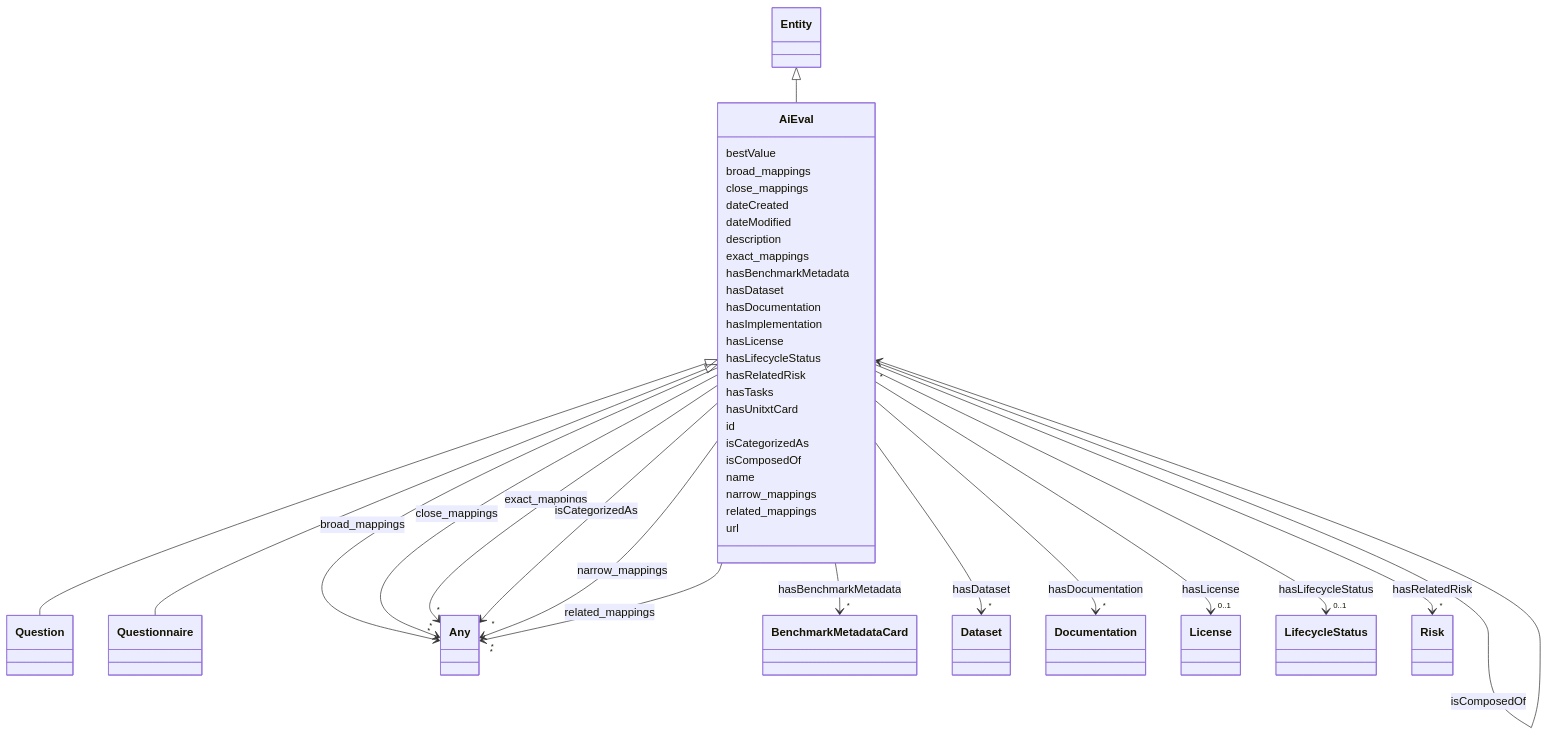
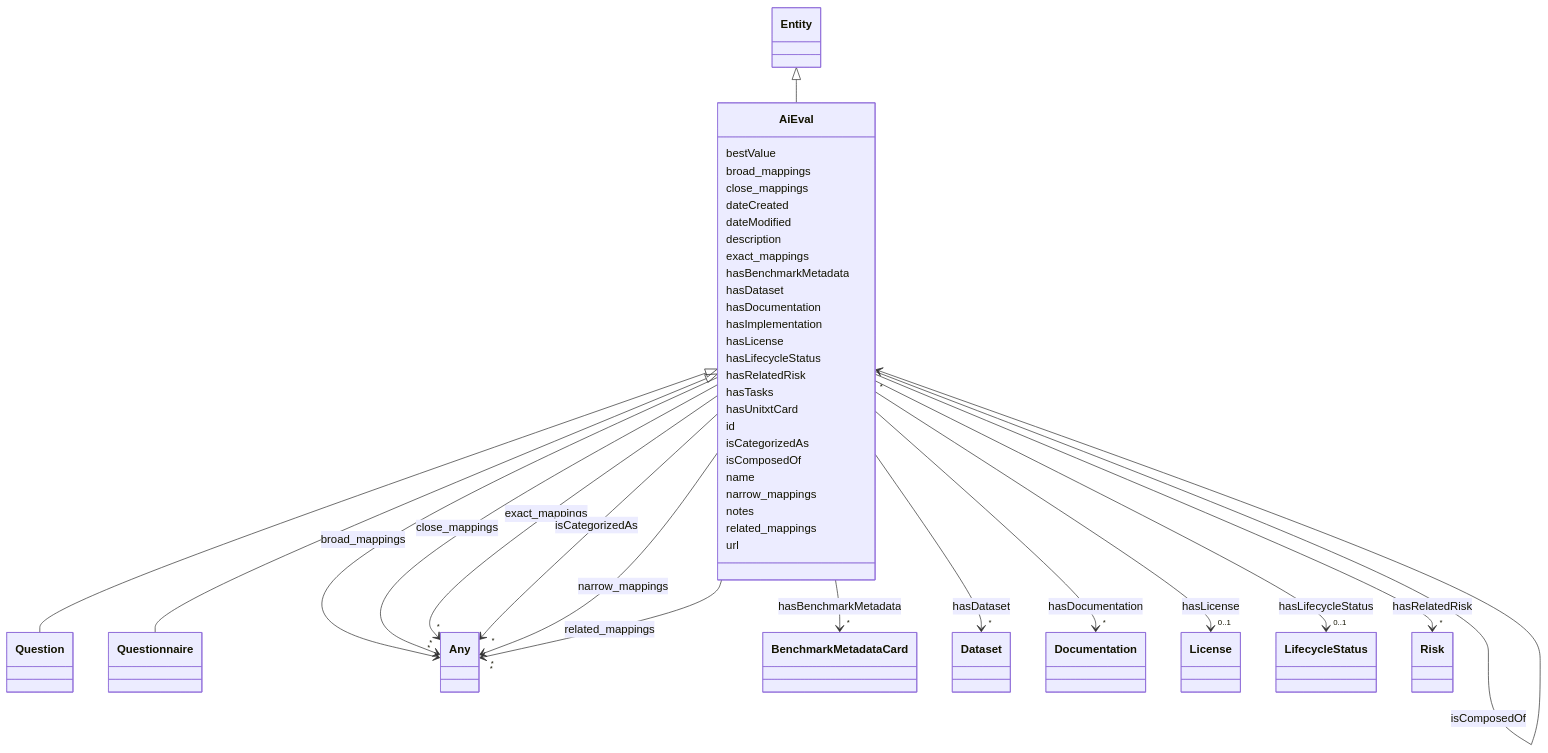
One commit to ingelise/risk-atlas-nexus changed the diagram in docs/ontology/AiEval.md. Above: the diagram before and after it, drawn with Mermaid. The commit also changed other lines of this file and 318 other files, not shown here.

```diff
--- a/docs/ontology/AiEval.md
+++ b/docs/ontology/AiEval.md
@@ -175,6 +175,8 @@
 
 
 
+      AiEval : notes
+
       AiEval : related_mappings
 
 
```
